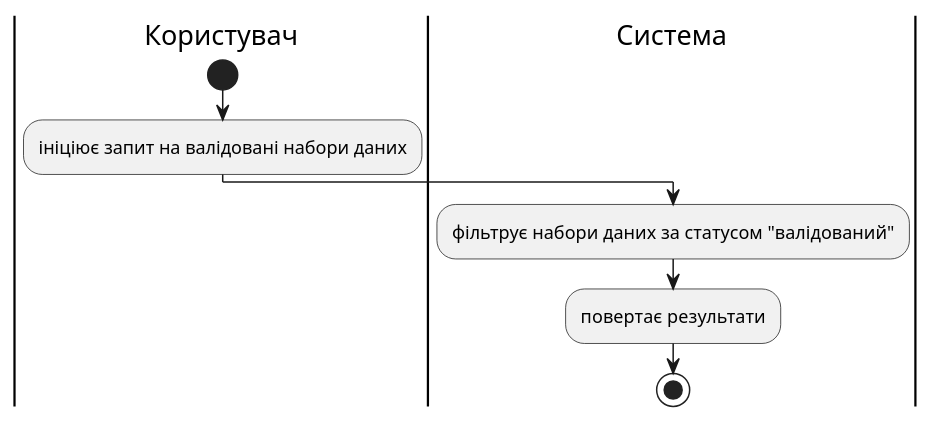
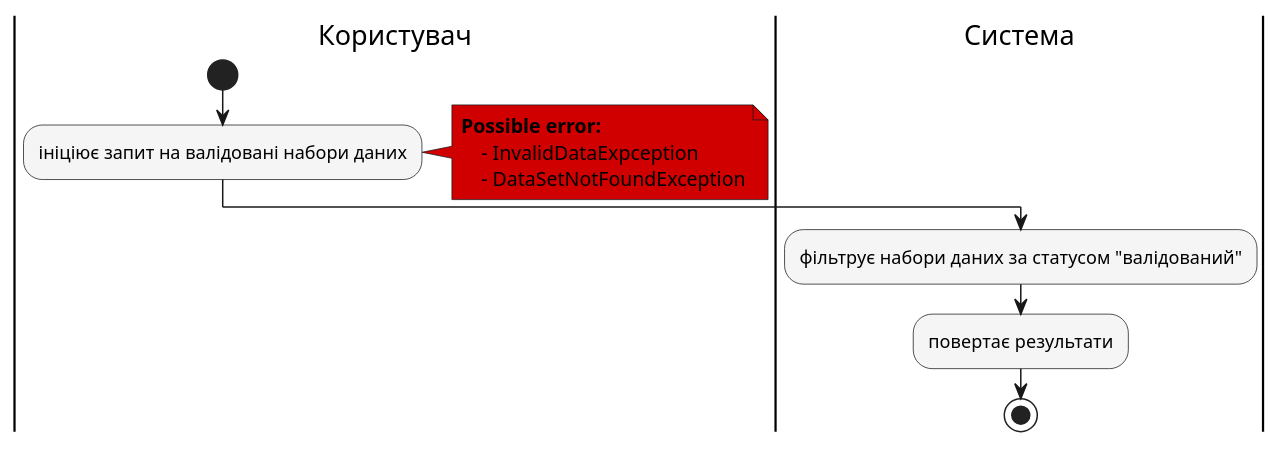
Before and after one commit to amaibun/edu_db_labs: the ninth of 9 diagrams in docs/use cases/README.md, drawn with PlantUML. The commit also changed other lines of this file, not shown here.

Commit message:
refactor: add diagram style refactor: delete unused scenarios

```diff
--- a/docs/use cases/README.md
+++ b/docs/use cases/README.md
@@ -463,10 +506,17 @@
 @startuml
+skinparam ActivityBackgroundColor #f5f5f5
 |Користувач|
 start
 :ініціює запит на валідовані набори даних;
+
+note right #d10000
+<b>Possible error:
+    - InvalidDataExpception
+    - DataSetNotFoundException
+end note
 
 |Система|
 :фільтрує набори даних за статусом "валідований";
 :повертає результати;
 stop
 @enduml
```
